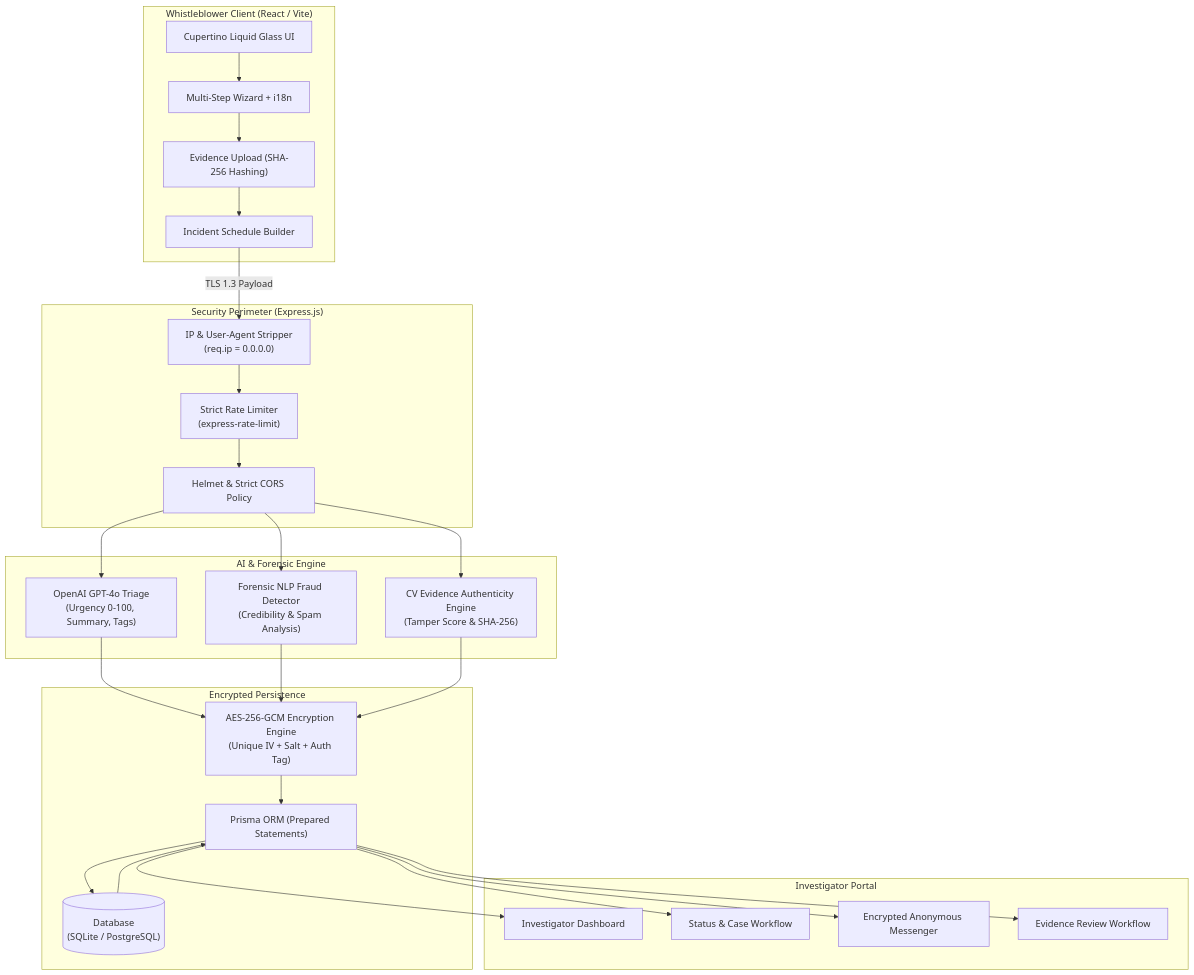
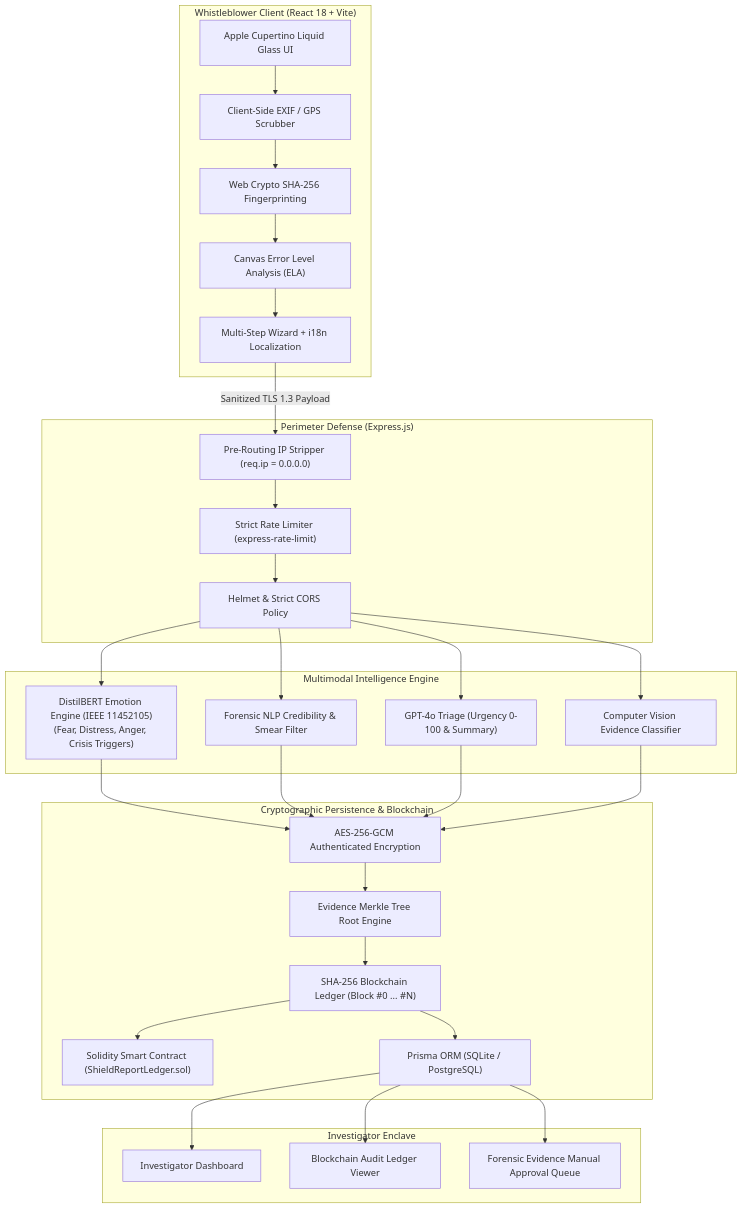
The diagram in README.md (Amithbs07/ShieldReport), drawn with Mermaid before and after one commit. The commit also changed other lines of this file and 14 other files, not shown here.

Commit message:
feat: integrate DistilBERT emotion NLP, CV forensics, and blockchain chain-of-custody ledger (IEEE 11452105)

````diff
--- a/README.md
+++ b/README.md
@@ -89,42 +103,47 @@
 ```mermaid
 flowchart TD
-    subgraph Reporter["Whistleblower Client (React / Vite)"]
-        UI["Cupertino Liquid Glass UI"]
-        WIZ["Multi-Step Wizard + i18n"]
-        EVD["Evidence Upload (SHA-256 Hashing)"]
-        SCH["Incident Schedule Builder"]
+    subgraph Client["Whistleblower Client (React 18 + Vite)"]
+        UI["Apple Cupertino Liquid Glass UI"]
+        EXIF["Client-Side EXIF / GPS Scrubber"]
+        WCRYPTO["Web Crypto SHA-256 Fingerprinting"]
+        CV_CLIENT["Canvas Error Level Analysis (ELA)"]
+        WIZ["Multi-Step Wizard + i18n Localization"]
     end
 
-    subgraph Defense["Security Perimeter (Express.js)"]
-        IPS["IP & User-Agent Stripper\n(req.ip = 0.0.0.0)"]
-        RL["Strict Rate Limiter\n(express-rate-limit)"]
+    subgraph Defense["Perimeter Defense (Express.js)"]
+        IPS["Pre-Routing IP Stripper (req.ip = 0.0.0.0)"]
+        RL["Strict Rate Limiter (express-rate-limit)"]
         HLM["Helmet & Strict CORS Policy"]
     end
 
-    subgraph Intelligence["AI & Forensic Engine"]
-        GPT["OpenAI GPT-4o Triage\n(Urgency 0-100, Summary, Tags)"]
-        NLP["Forensic NLP Fraud Detector\n(Credibility & Spam Analysis)"]
-        CV["CV Evidence Authenticity Engine\n(Tamper Score & SHA-256)"]
+    subgraph Intelligence["Multimodal Intelligence Engine"]
+        BERT["DistilBERT Emotion Engine (IEEE 11452105)\n(Fear, Distress, Anger, Crisis Triggers)"]
+        NLP_FRAUD["Forensic NLP Credibility & Smear Filter"]
+        GPT["GPT-4o Triage (Urgency 0-100 & Summary)"]
+        CV_ENG["Computer Vision Evidence Classifier"]
     end
 
-    subgraph Storage["Encrypted Persistence"]
-        CRYPTO["AES-256-GCM Encryption Engine\n(Unique IV + Salt + Auth Tag)"]
-        PRISMA["Prisma ORM (Prepared Statements)"]
-        DB[("Database\n(SQLite / PostgreSQL)")]
+    subgraph Ledger["Cryptographic Persistence & Blockchain"]
+        CRYPTO["AES-256-GCM Authenticated Encryption"]
+        MERKLE["Evidence Merkle Tree Root Engine"]
+        CHAIN["SHA-256 Blockchain Ledger (Block #0 ... #N)"]
+        SOL["Solidity Smart Contract (ShieldReportLedger.sol)"]
+        PRISMA["Prisma ORM (SQLite / PostgreSQL)"]
     end
 
-    subgraph Portal["Investigator Portal"]
+    subgraph Portal["Investigator Enclave"]
         DASH["Investigator Dashboard"]
-        STATUS["Status & Case Workflow"]
-        CHAT["Encrypted Anonymous Messenger"]
-        AUDIT["Evidence Review Workflow"]
+        AUDIT["Blockchain Audit Ledger Viewer"]
+        QUEUE["Forensic Evidence Manual Approval Queue"]
     end
 
-    UI --> WIZ --> EVD --> SCH
-    SCH -->|TLS 1.3 Payload| IPS
+    UI --> EXIF --> WCRYPTO --> CV_CLIENT --> WIZ
+    WIZ -->|Sanitized TLS 1.3 Payload| IPS
     IPS --> RL --> HLM
-    HLM --> GPT & NLP & CV
-    GPT & NLP & CV --> CRYPTO
-    CRYPTO --> PRISMA --> DB
-    DB --> PRISMA --> DASH & STATUS & CHAT & AUDIT
+    HLM --> BERT & NLP_FRAUD & GPT & CV_ENG
+    BERT & NLP_FRAUD & GPT & CV_ENG --> CRYPTO
+    CRYPTO --> MERKLE --> CHAIN
+    CHAIN --> SOL
+    CHAIN --> PRISMA
+    PRISMA --> DASH & AUDIT & QUEUE
 ```
````
